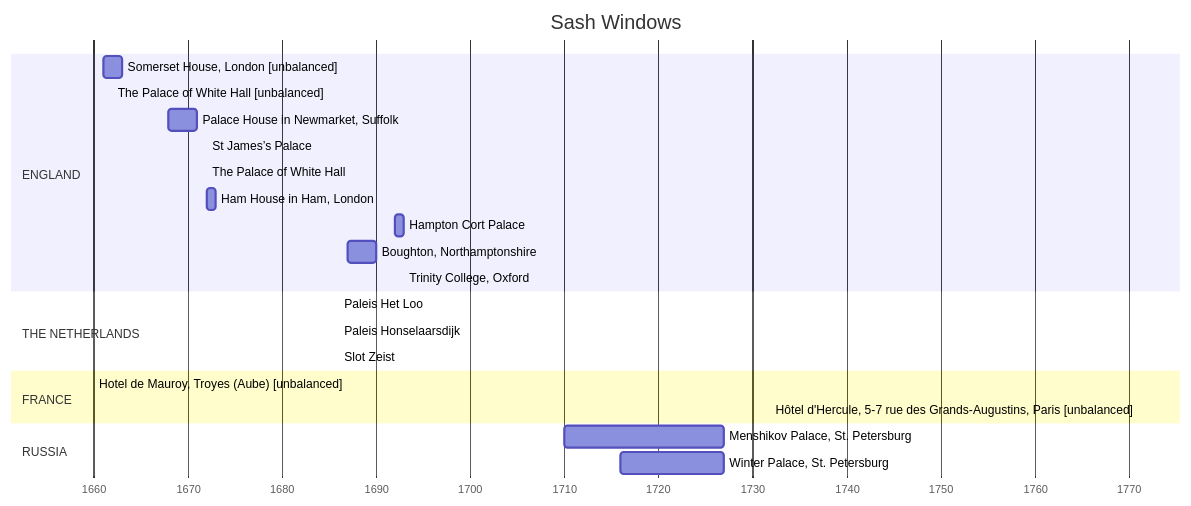
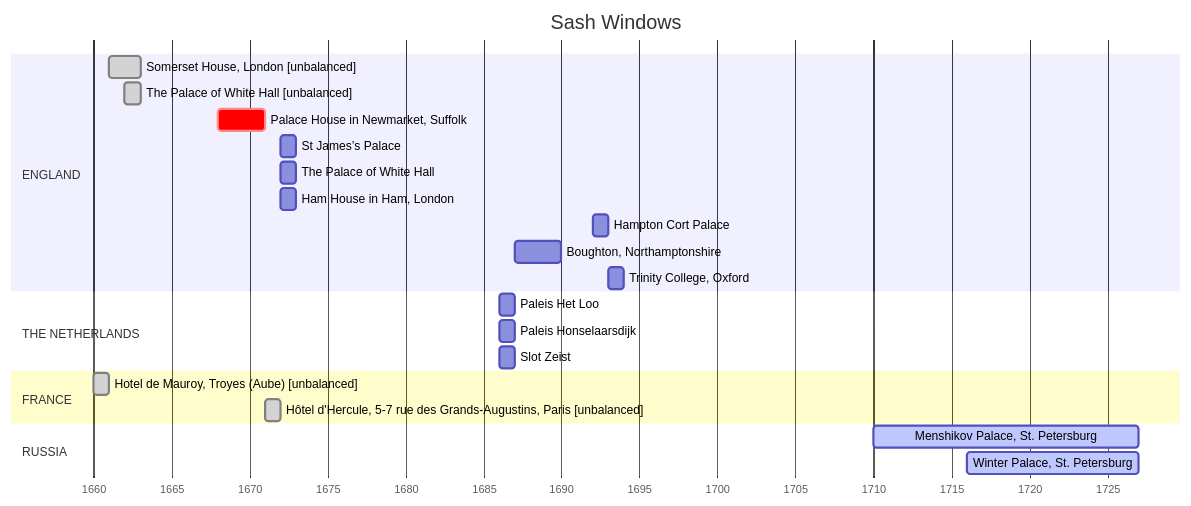
One commit to tropintropin/sash_windows changed the diagram in timeline.md. Above: the diagram before and after it, drawn with Mermaid.

````diff
--- a/timeline.md
+++ b/timeline.md
@@ -3,32 +3,32 @@
 ```mermaid
 gantt
 	title Sash Windows
 	dateFormat YYYY
     axisFormat %Y
 
 	section ENGLAND
-        Somerset House, London [unbalanced]         : 1661, 1663
-		The Palace of White Hall [unbalanced]       : 1662,
-		Palace House in Newmarket, Suffolk          : 1668, 1671
-        St James’s Palace                           : 1672,
-		The Palace of White Hall                    : 1672,
+        Somerset House, London [unbalanced]         : done, 1661, 1663
+		The Palace of White Hall [unbalanced]       : done, 1662, 1y
+		Palace House in Newmarket, Suffolk          : crit, 1668, 1671
+        St James’s Palace                           : 1672, 1y
+		The Palace of White Hall                    : 1672, 1y
         Ham House in Ham, London                    : 1672, 1673
 		Hampton Cort Palace                         : 1692, 1693
 		Boughton, Northamptonshire                  : 1687, 1690
-		Trinity College, Oxford                     : 1693,
+		Trinity College, Oxford                     : 1693, 1y
 
     section THE NETHERLANDS
-        Paleis Het Loo                              : 1686,
-        Paleis Honselaarsdijk                       : 1686,
-        Slot Zeist                                  : 1686,
+        Paleis Het Loo                              : 1686, 1y
+        Paleis Honselaarsdijk                       : 1686, 1y
+        Slot Zeist                                  : 1686, 1y
     
     section FRANCE
-        Hotel de Mauroy, Troyes (Aube) [unbalanced]                         : 1660,
-        Hôtel d'Hercule, 5-7 rue des Grands-Augustins, Paris [unbalanced]   : 1771,
+        Hotel de Mauroy, Troyes (Aube) [unbalanced]                         : done, 1660, 1y
+        Hôtel d'Hercule, 5-7 rue des Grands-Augustins, Paris [unbalanced]   : done, 1671, 1y
 
     section RUSSIA
-        Menshikov Palace, St. Petersburg            : 1710, 1727
-        Winter Palace, St. Petersburg               : 1716, 1727
+        Menshikov Palace, St. Petersburg            : active, 1710, 1727
+        Winter Palace, St. Petersburg               : active, 1716, 1727
 
 
 ```
````
